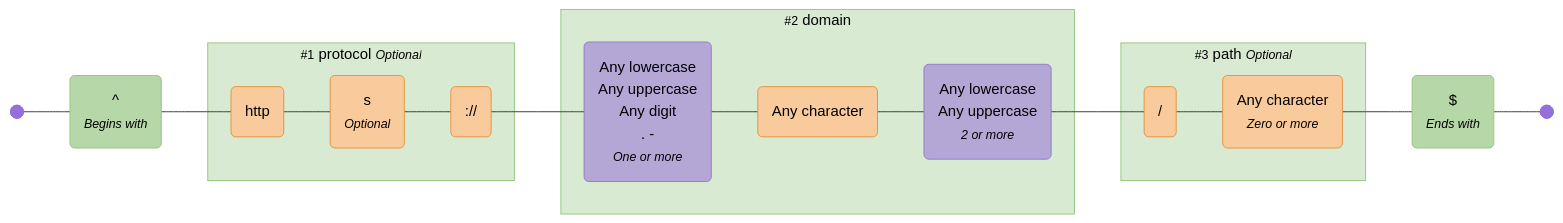
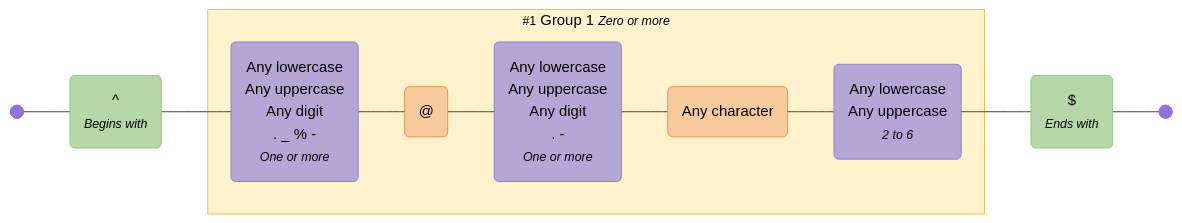
The third of 10 diagrams in EXAMPLES.md (tayles/regex-to-mermaid), drawn with Mermaid before and after one commit. The commit also changed 1 other file, not shown here.

Commit message:
chore: Regen examples + themes

````diff
--- a/EXAMPLES.md
+++ b/EXAMPLES.md
@@ -381,63 +381,48 @@
 ```mermaid
-%% Regex: /^(?<protocol>https?:\/\/)?(?<domain>[a-zA-Z0-9.-]+\.[a-zA-Z]{2,})(?<path>\/.*)?$/
+%% Regex: ^([a-zA-Z0-9._%-]+@[a-zA-Z0-9.-]+\.[a-zA-Z]{2,6})*$
 
 graph LR
   %% Nodes
   start@{ shape: f-circ };
   fin@{ shape: f-circ };
   assertion_1("^<br><i><small>Begins with</small></i>"):::assertion;
-  literal_1("http"):::literal;
-  literal_2("s<br><i><small>Optional</small></i>"):::literal;
-  literal_3("://"):::literal;
-  char_class_1("Any lowercase<br>Any uppercase<br>Any digit<br>. -<br><i><small>One or more</small></i>"):::char-class;
-  literal_4("Any character"):::literal;
-  char_class_2("Any lowercase<br>Any uppercase<br><i><small>2 or more</small></i>"):::char-class;
-  literal_5("/"):::literal;
-  literal_6("Any character<br><i><small>Zero or more</small></i>"):::literal;
+  char_class_1("Any lowercase<br>Any uppercase<br>Any digit<br>. _ % -<br><i><small>One or more</small></i>"):::char-class;
+  literal_1("@"):::literal;
+  char_class_2("Any lowercase<br>Any uppercase<br>Any digit<br>. -<br><i><small>One or more</small></i>"):::char-class;
+  literal_2("Any character"):::literal;
+  char_class_3("Any lowercase<br>Any uppercase<br><i><small>2 to 6</small></i>"):::char-class;
   assertion_2("$<br><i><small>Ends with</small></i>"):::assertion;
 
   %% Subgraphs
-  subgraph named_capture_1 ["<small>#1</small> protocol <small><i>Optional</i></small>"]
+  subgraph standard_1 ["<small>#1</small> Group 1 <small><i>Zero or more</i></small>"]
+    char_class_1
     literal_1
+    char_class_2
     literal_2
-    literal_3
-  end
-
-  subgraph named_capture_2 ["<small>#2</small> domain"]
-    char_class_1
-    literal_4
-    char_class_2
-  end
-
-  subgraph named_capture_3 ["<small>#3</small> path <small><i>Optional</i></small>"]
-    literal_5
-    literal_6
+    char_class_3
   end
 
   %% Edges
   start --- assertion_1;
-  assertion_1 --- literal_1;
-  literal_1 --- literal_2;
-  literal_2 --- literal_3;
-  literal_3 --- char_class_1;
-  char_class_1 --- literal_4;
-  literal_4 --- char_class_2;
-  char_class_2 --- literal_5;
-  literal_5 --- literal_6;
-  literal_6 --- assertion_2;
+  assertion_1 --- char_class_1;
+  char_class_1 --- literal_1;
+  literal_1 --- char_class_2;
+  char_class_2 --- literal_2;
+  literal_2 --- char_class_3;
+  char_class_3 --- assertion_2;
   assertion_2 --- fin;
 
   %% Styles
   %% Node Styling
   classDef assertion fill:#B6D7A8,stroke:#93C47D,color:#000000;
+  classDef char-class fill:#B4A7D6,stroke:#8E7CC3,color:#000000;
   classDef literal fill:#F9CB9C,stroke:#E69138,color:#000000;
-  classDef char-class fill:#B4A7D6,stroke:#8E7CC3,color:#000000;
 
   %% Group Styling
-  classDef named-capture fill:#D9EAD3,stroke:#93C47D,color:#000000;
+  classDef standard fill:#FFF2CC,stroke:#F1C232,color:#000000;
 
   %% Apply Group Classes
-  class named_capture_1,named_capture_2,named_capture_3 named-capture;
+  class standard_1 standard;
 
 %% Generated with regex-to-mermaid@1.0.0
 ```
````
